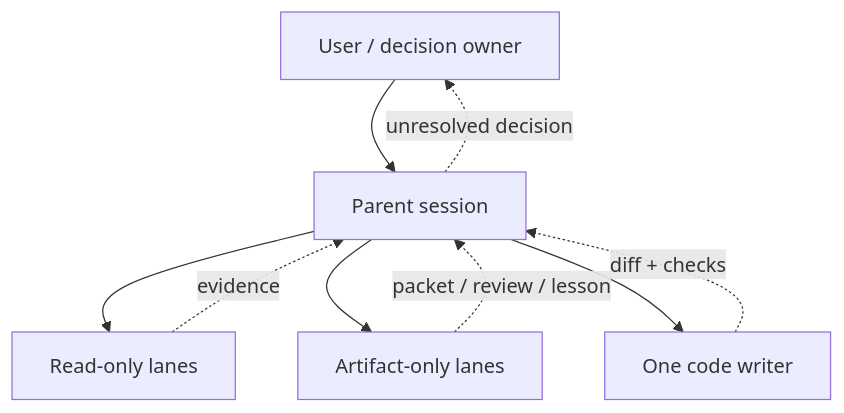
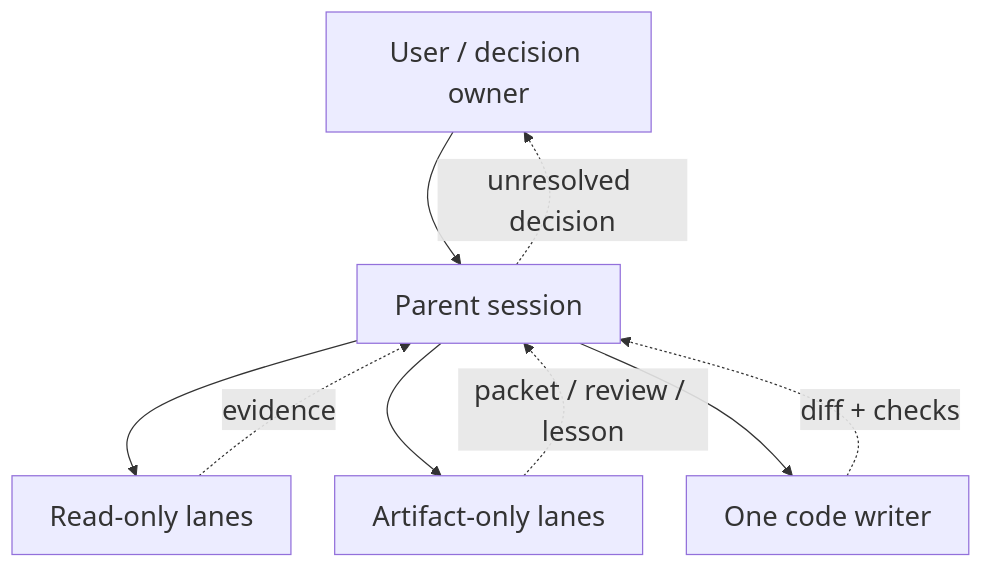
One commit to trykA123/skillify changed the second of 2 diagrams in agents/README.md. Above: the diagram before and after it, drawn with Mermaid. The commit also changed other lines of this file and 26 other files, not shown here.

````diff
--- a/agents/README.md
+++ b/agents/README.md
@@ -58,11 +59,12 @@
 ```mermaid
+%%{init: {"themeVariables": {"fontSize": "22px"}, "flowchart": {"nodeSpacing": 35, "rankSpacing": 40}}}%%
 flowchart TB
     User[User / decision owner] --> Parent[Parent session]
     Parent --> Read[Read-only lanes]
     Parent --> Artifacts[Artifact-only lanes]
     Parent --> Worker[One code writer]
     Read -. evidence .-> Parent
     Artifacts -. packet / review / lesson .-> Parent
     Worker -. diff + checks .-> Parent
     Parent -. unresolved decision .-> User
 ```
````
